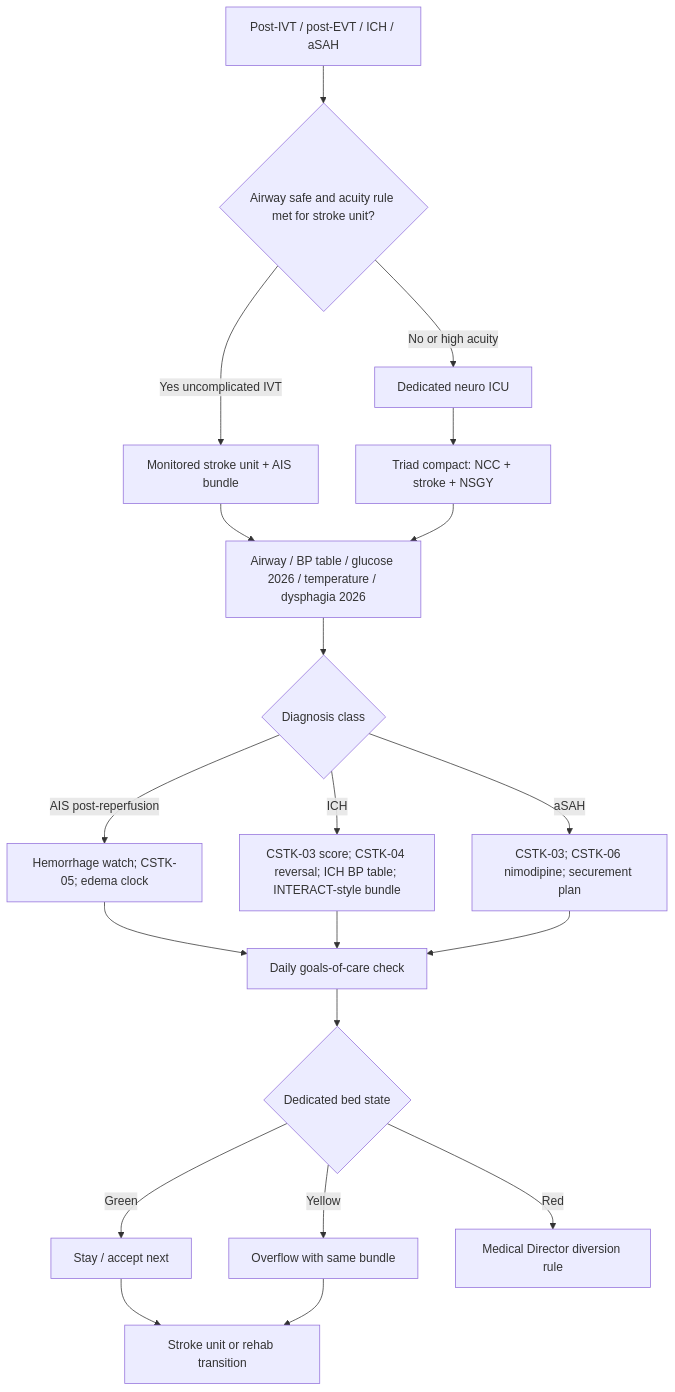
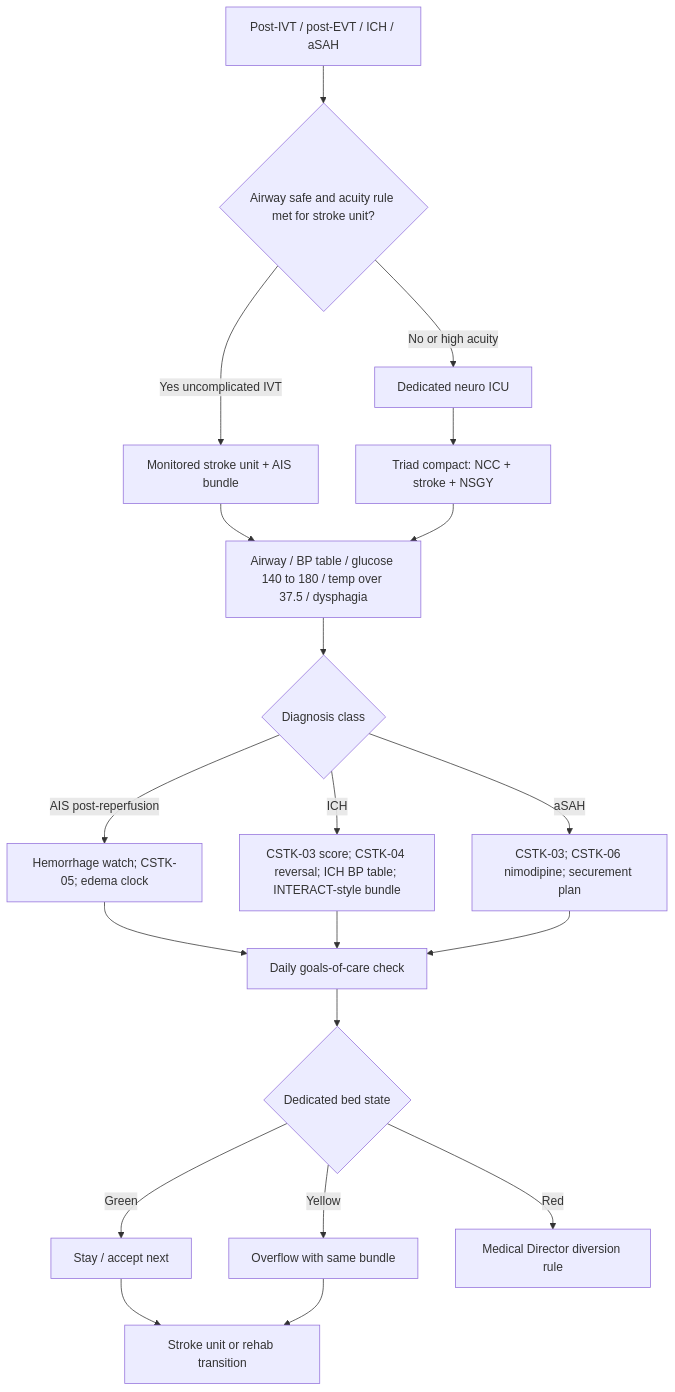
Before and after one commit to rkalani1/CSC: the second of 2 diagrams in docs/clinical/15-neurocritical-care.md, drawn with Mermaid. The commit also changed other lines of this file and 62 other files, not shown here.

````diff
--- a/docs/clinical/15-neurocritical-care.md
+++ b/docs/clinical/15-neurocritical-care.md
@@ -124,22 +150,22 @@
 ```mermaid
 flowchart TD
     A[Post-IVT / post-EVT / ICH / aSAH] --> B{Airway safe and acuity rule met for stroke unit?}
     B -->|Yes uncomplicated IVT| C[Monitored stroke unit + AIS bundle]
     B -->|No or high acuity| D[Dedicated neuro ICU]
     D --> E[Triad compact: NCC + stroke + NSGY]
-    C --> F[Airway / BP table / glucose 2026 / temperature / dysphagia 2026]
+    C --> F[Airway / BP table / glucose 140 to 180 / temp over 37.5 / dysphagia]
     E --> F
     F --> G{Diagnosis class}
     G -->|AIS post-reperfusion| H[Hemorrhage watch; CSTK-05; edema clock]
     G -->|ICH| I[CSTK-03 score; CSTK-04 reversal; ICH BP table; INTERACT-style bundle]
     G -->|aSAH| J[CSTK-03; CSTK-06 nimodipine; securement plan]
     H --> K[Daily goals-of-care check]
     I --> K
     J --> K
     K --> L{Dedicated bed state}
     L -->|Green| M[Stay / accept next]
     L -->|Yellow| N[Overflow with same bundle]
     L -->|Red| O[Medical Director diversion rule]
     M --> P[Stroke unit or rehab transition]
     N --> P
 ```
````
